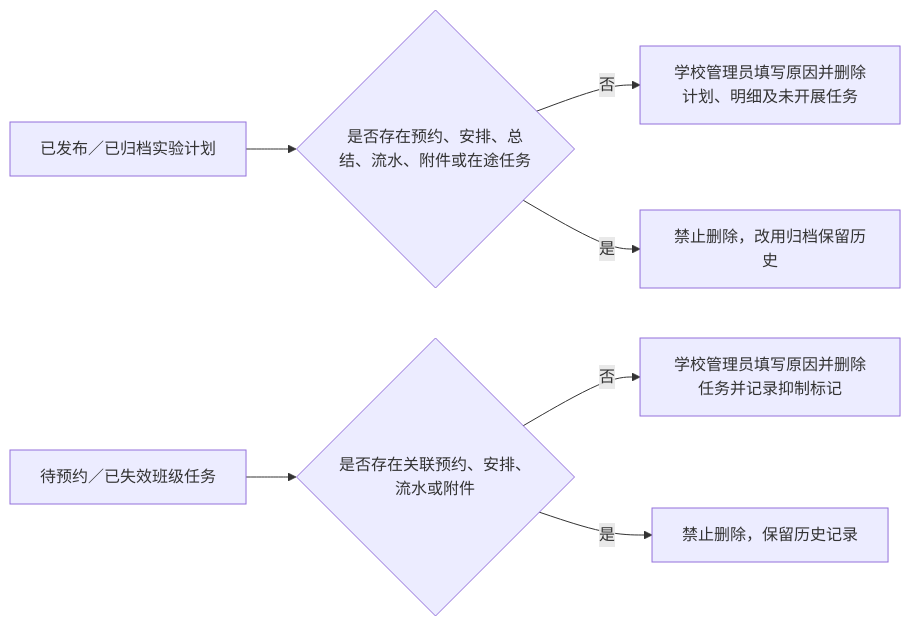
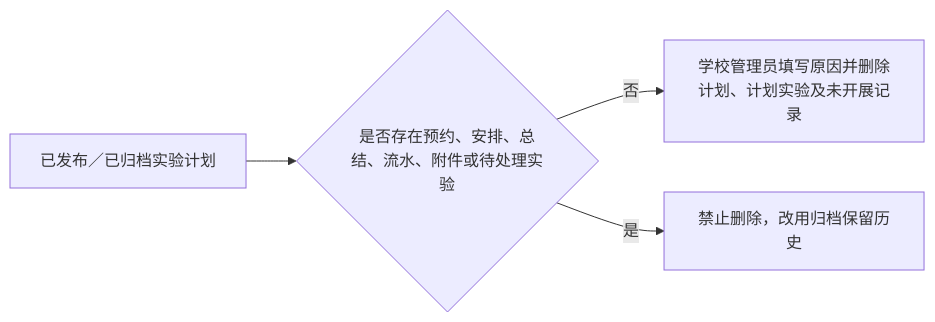
The fourth of 10 diagrams in new-demo/当前Demo业务流程与数据关系闭环评估报告.md (AlettaOkori/Qingpu_LaboratoryManagementSystem), drawn with Mermaid before and after one commit. The commit also changed other lines of this file and 37 other files, not shown here.

````diff
--- a/new-demo/当前Demo业务流程与数据关系闭环评估报告.md
+++ b/new-demo/当前Demo业务流程与数据关系闭环评估报告.md
@@ -143,9 +201,6 @@
 ```mermaid
 flowchart LR
-  P[已发布／已归档实验计划] --> Q{是否存在预约、安排、总结、流水、附件或在途任务}
-  Q -->|否| R[学校管理员填写原因并删除计划、明细及未开展任务]
+  P[已发布／已归档实验计划] --> Q{是否存在预约、安排、总结、流水、附件或待处理实验}
+  Q -->|否| R[学校管理员填写原因并删除计划、计划实验及未开展记录]
   Q -->|是| S[禁止删除，改用归档保留历史]
-  T[待预约／已失效班级任务] --> U{是否存在关联预约、安排、流水或附件}
-  U -->|否| V[学校管理员填写原因并删除任务并记录抑制标记]
-  U -->|是| W[禁止删除，保留历史记录]
 ```
````
